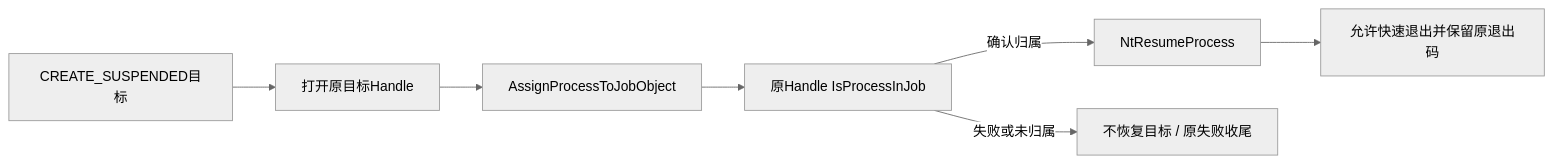
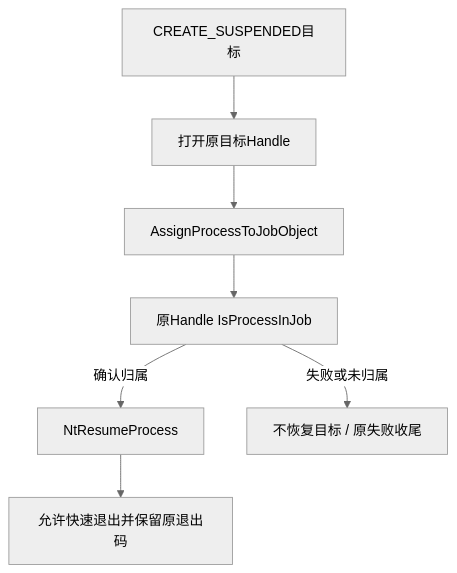
One commit to carrie1988/Harnessix changed the seventh of 7 diagrams in docs/changes/m09-r4-windows-native-git-read.md. Above: the diagram before and after it, drawn with Mermaid (neutral theme). The commit also changed other lines of this file and 32 other files, not shown here.

````diff
--- a/docs/changes/m09-r4-windows-native-git-read.md
+++ b/docs/changes/m09-r4-windows-native-git-read.md
@@ -375,9 +394,9 @@
 ```mermaid
-flowchart LR
+flowchart TD
   P[CREATE_SUSPENDED目标] --> H[打开原目标Handle]
   H --> A[AssignProcessToJobObject]
   A --> Q[原Handle IsProcessInJob]
   Q -->|确认归属| R[NtResumeProcess]
   Q -->|失败或未归属| F[不恢复目标 / 原失败收尾]
   R --> E[允许快速退出并保留原退出码]
 ```
````
